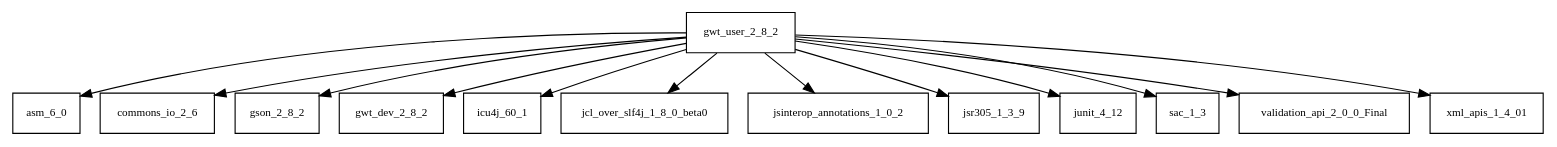
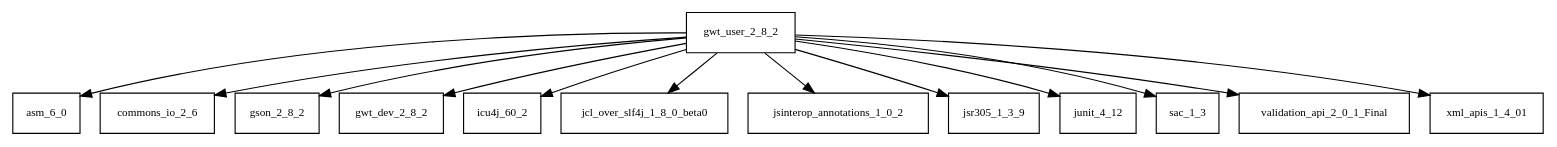
Before and after one commit to AglaianWoman/cia: the diagram in tattleTaleReport/graphviz/gwt-user-2.8.2.jar/gwt-user-2.8.2.jar.dot, drawn with Graphviz. The commit also changed 2727 other files, not shown here.

```diff
--- a/tattleTaleReport/graphviz/gwt-user-2.8.2.jar/gwt-user-2.8.2.jar.dot
+++ b/tattleTaleReport/graphviz/gwt-user-2.8.2.jar/gwt-user-2.8.2.jar.dot
@@ -1,15 +1,15 @@
 digraph gwt_user_2_8_2_dependencies {
   node [shape = box, fontsize=10.0];
   gwt_user_2_8_2 -> asm_6_0;
   gwt_user_2_8_2 -> commons_io_2_6;
   gwt_user_2_8_2 -> gson_2_8_2;
   gwt_user_2_8_2 -> gwt_dev_2_8_2;
-  gwt_user_2_8_2 -> icu4j_60_1;
+  gwt_user_2_8_2 -> icu4j_60_2;
   gwt_user_2_8_2 -> jcl_over_slf4j_1_8_0_beta0;
   gwt_user_2_8_2 -> jsinterop_annotations_1_0_2;
   gwt_user_2_8_2 -> jsr305_1_3_9;
   gwt_user_2_8_2 -> junit_4_12;
   gwt_user_2_8_2 -> sac_1_3;
-  gwt_user_2_8_2 -> validation_api_2_0_0_Final;
+  gwt_user_2_8_2 -> validation_api_2_0_1_Final;
   gwt_user_2_8_2 -> xml_apis_1_4_01;
 }
```
